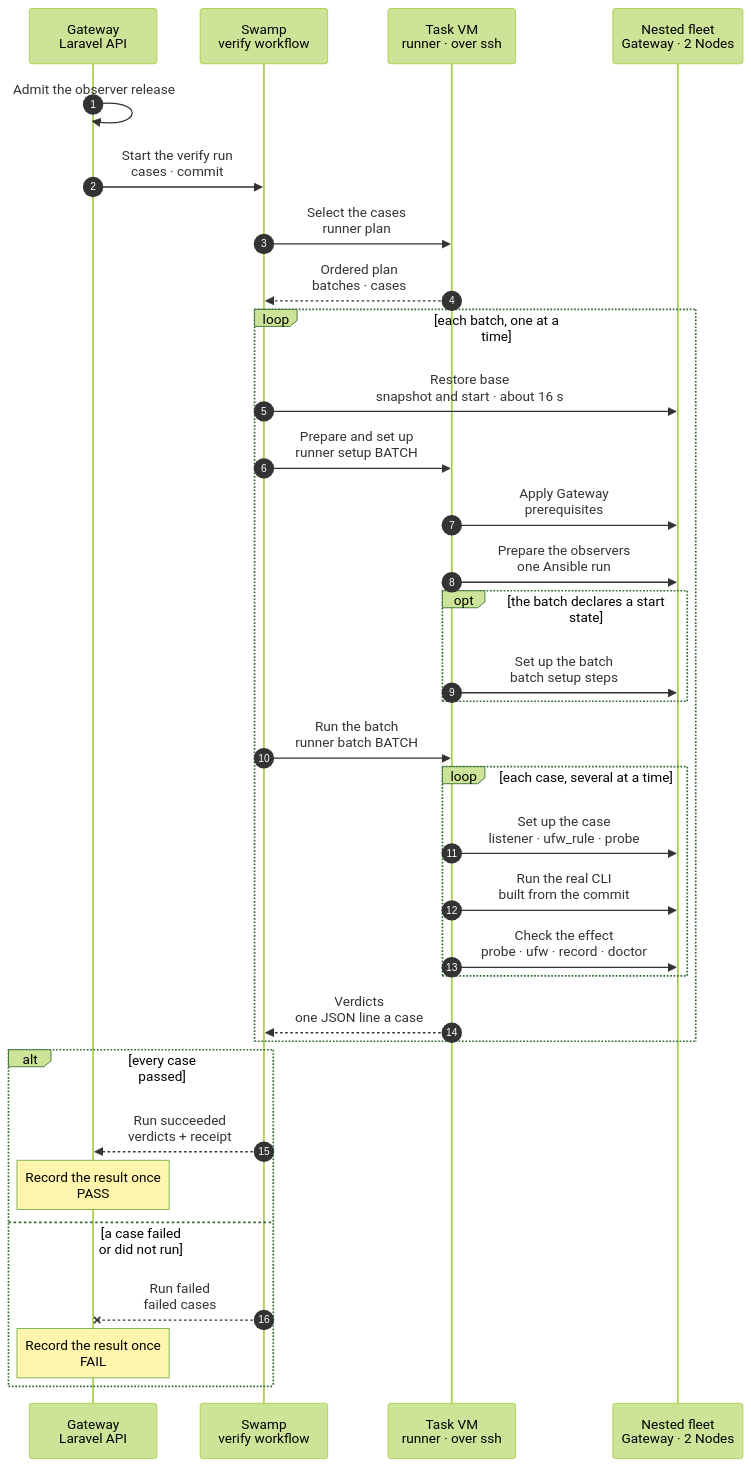
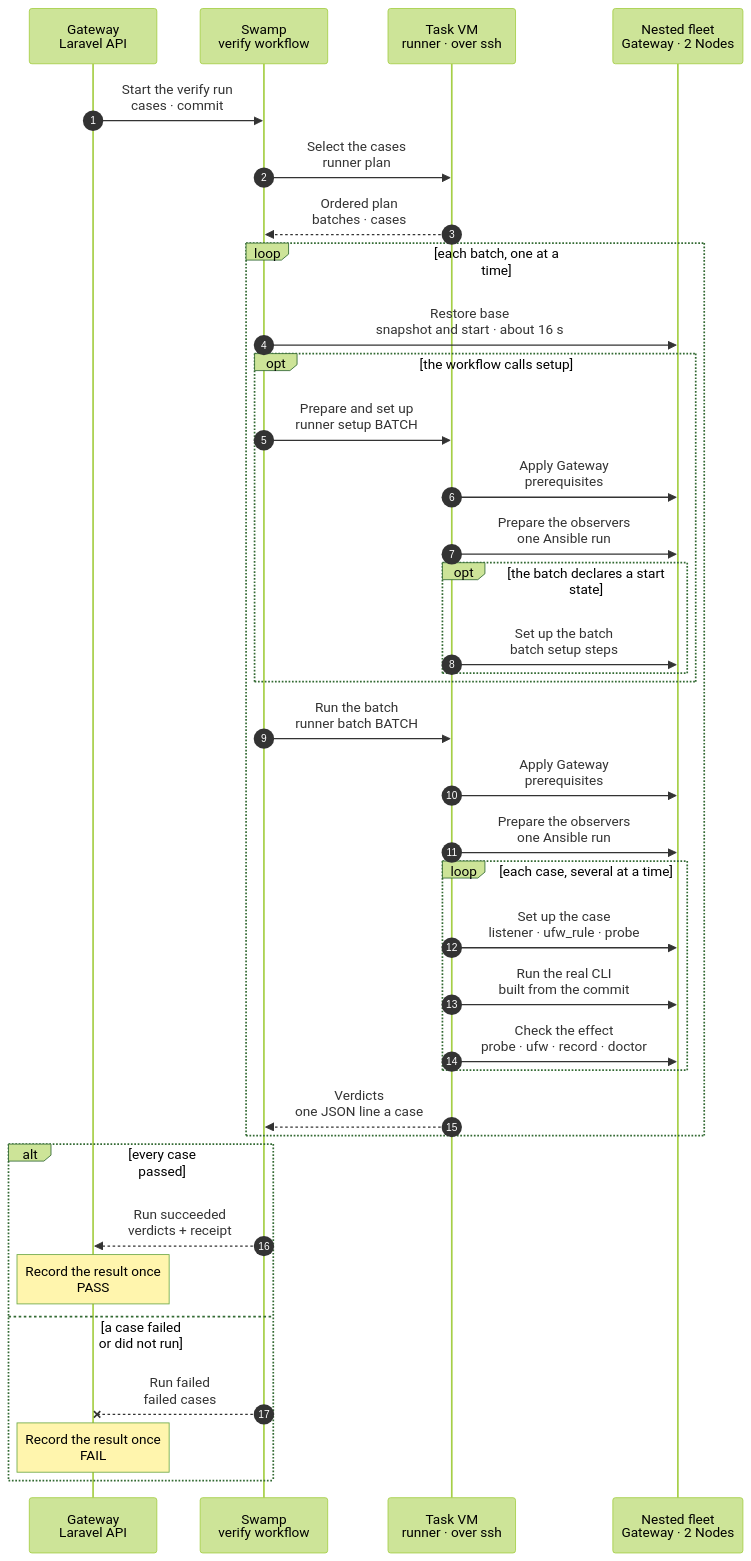
Before and after one commit to hardimpactdev/orbit: the diagram in docs/reference/pipeline/3-proof-runner.mmd, drawn with Mermaid (forest theme). The commit also changed 28 other files, not shown here.

First line of the commit message:
fix(proof): require candidate observer preparation at every case entry

```diff
--- a/docs/reference/pipeline/3-proof-runner.mmd
+++ b/docs/reference/pipeline/3-proof-runner.mmd
@@ -1,80 +1,82 @@
 sequenceDiagram
   %% Target design: the proof runner inside stage 3 of the command development pipeline (design: reference/verification-cases). One shared runner executes the cases of one command; each batch restores the task's base snapshot once, cases use their own resources and undo nothing, the cases of a batch run in one step, several at a time on different Nodes; a case is a specification built from a fixed set of steps. Orbit's own Swamp runs the runner over SSH in the task VM, as part of the "Run the proof" child of proof:run. The Gateway only admits the request and records the verdicts.
   %% status: draft
   %% command: development pipeline stage 3 · proof runner
   %% kind: pipeline.3-proof-runner
   autonumber
   %% lane GW icon=gateway pill=intent tone=blue
   %% lane SW icon=workflow pill=executes tone=green
   %% lane VM icon=server pill=target tone=purple
   %% lane NT icon=server pill=fleet tone=amber
   participant GW as Gateway<br/>Laravel API
   participant SW as Swamp<br/>verify workflow
   participant VM as Task VM<br/>runner · over ssh
   participant NT as Nested fleet<br/>Gateway · 2 Nodes
-  GW->>GW: Admit the observer release
-  %%> Reuses GatewayReleaseAgentDelivery: fixed repository release URL, byte-equal published manifest, SHA256SUMS and verified provenance. CI admits both head and merge-base pins before allocating a VM. Candidate code does not validate its own release.
   GW->>SW: Start the verify run<br/>cases · commit
   %%> Inputs:
   %%> - the commit and the one command whose cases run; in CI, `proof:run` proves each affected command separately
   %%> Why:
   %%> - the Gateway only authorizes; Swamp owns the run and its state
   SW->>VM: Select the cases<br/>runner plan
   %%> What it does:
   %%> - reads the command's cases file at the tested commit
   %%> - refuses a case with an unknown step, an unknown chart path or no batch
   %%> - lists the chart paths, options and codes that no case covers
   %%> - groups the cases by batch, in the order of `swamp/proof/batches.yaml`; inside a batch, in file order
   %%> - `runner plan --lines` prints one line a batch, `BATCH SETUP CASE...`, which the workflow reads; the workflow `proof-fleet-verify` is built
   VM-->>SW: Ordered plan<br/>batches · cases
   loop each batch, one at a time
     SW->>NT: Restore base<br/>snapshot and start · about 16 s
     %%> What it does:
     %%> - restores the task's plain snapshot `base` of the three nested containers (a reboot); skipped when the fleet is still at `base`, as for the first batch
     %%> - a restore that fails or is not healthy within 45 s stops the run; the cases that did not run become `unrun` with cause `infrastructure`
     %%> - built, not yet passed live: the step is the workflow `proof-fleet-restore` (restore, start, boot wait, readiness, apply the checkout), which `proof-fleet-verify-batch` calls; 0 of 2 runs succeeded by 2026-11-06; the old `runner restore` was removed
-    SW->>VM: Prepare and set up<br/>runner setup BATCH
-    %%> Always runs, including batches with no setup steps. Swamp passes the exact published manifest admitted by the trusted Gateway.
-    VM->>NT: Apply Gateway<br/>prerequisites
-    VM->>NT: Prepare the observers<br/>one Ansible run
-    %%> Installs only the admitted artifact, using Node convergence's SHA-256-verified atomic replacement task. Stops all observers, discards old host receipts, starts the observers and waits for the Gateway to record each expected version plus a new host fact. No new base snapshot.
-    %%> The whole preparation has its own 330-second bound, inside the setup transport's 480-second limit. A failed preparation stops cases as infrastructure.
-    opt the batch declares a start state
-      VM->>NT: Set up the batch<br/>batch setup steps
-      %%> The batch's separate 120-second setup budget starts after preparation and discovery.
+    opt the workflow calls setup
+      SW->>VM: Prepare and set up<br/>runner setup BATCH
+      %%> New workflows always call setup. Older released workflows may skip it for a batch without setup steps.
+      VM->>NT: Apply Gateway<br/>prerequisites
+      VM->>NT: Prepare the observers<br/>one Ansible run
+      %%> Installs the candidate pin using Node convergence's checksum-verified atomic replacement task. Stops all observers, discards old host receipts, starts the observers and waits for the Gateway to record each expected version plus a new host fact. No new base snapshot.
+      %%> Preparation has its own 330-second bound. Setup gets a separate 120 seconds within the 480-second transport limit.
+      opt the batch declares a start state
+        VM->>NT: Set up the batch<br/>batch setup steps
+      end
     end
     SW->>VM: Run the batch<br/>runner batch BATCH
     %%> What it does:
     %%> - one Swamp step runs every case of the batch; the runner reads the fleet once
     %%> - the cases that share the fleet run several at a time (the `parallel` key of the cases file, 4 by default), never two on one Node: each case acts on one Node of the cases file's `spread`, and the Gateway lets one firewall write run on a Node at a time
     %%> - the cases that change or compare what every case shares (the Operation list, a fault, a held lock) run alone, after the others
     %%> - no restore after a failed case: cases use their own resources, undo nothing, and the next batch restores anyway
     %%> Result:
     %%> - one verdict line a case, those that did not pass first; the full receipt of each stays in the evidence directory
+    VM->>NT: Apply Gateway<br/>prerequisites
+    VM->>NT: Prepare the observers<br/>one Ansible run
+    %%> The batch always prepares independently, even if setup succeeded or an older workflow skipped setup. A preparation failure prints infrastructure failures and starts no case. Direct runner case calls require the same preparation.
     loop each case, several at a time
       VM->>NT: Set up the case<br/>listener · ufw_rule · probe
       %%> What it does:
       %%> - builds the starting state, then probes it, for example a blocked port and a working control port
       %%> - a bound firewall anchor matches the current case's tuple and comment for the same protocol, so a repeated comment from an earlier case or another protocol cannot select its rule
       %%> When:
       %%> - a failed setup step ends the case as `unrun`; it is not a pass
       VM->>NT: Run the real CLI<br/>built from the commit
       %%> What it does:
       %%> - the `act` steps call the command through its real interface and check exit status, result code and skip reason
       VM->>NT: Check the effect<br/>probe · ufw · record · doctor
       %%> What it does:
       %%> - the `expect` steps check traffic, rule order, the Gateway record and Doctor
       %%> - every step runs, so one verdict lists all failures
     end
     VM-->>SW: Verdicts<br/>one JSON line a case
     %%> Returns:
     %%> - the case id, `passed`, `failed` (cause `assertion` or `infrastructure`) or `unrun` (cause `precondition`), the failed checks and the seconds
     %%> - Swamp cuts a step's output at 4096 bytes: the runner prints the lines that did not pass first, and counts the lines it had to leave out; a case without a line is reported as having printed no verdict
   end
   alt every case passed
     SW-->>GW: Run succeeded<br/>verdicts + receipt
     Note over GW: Record the result once<br/>PASS
   else a case failed or did not run
     SW--xGW: Run failed<br/>failed cases
     Note over GW: Record the result once<br/>FAIL
   end
```
